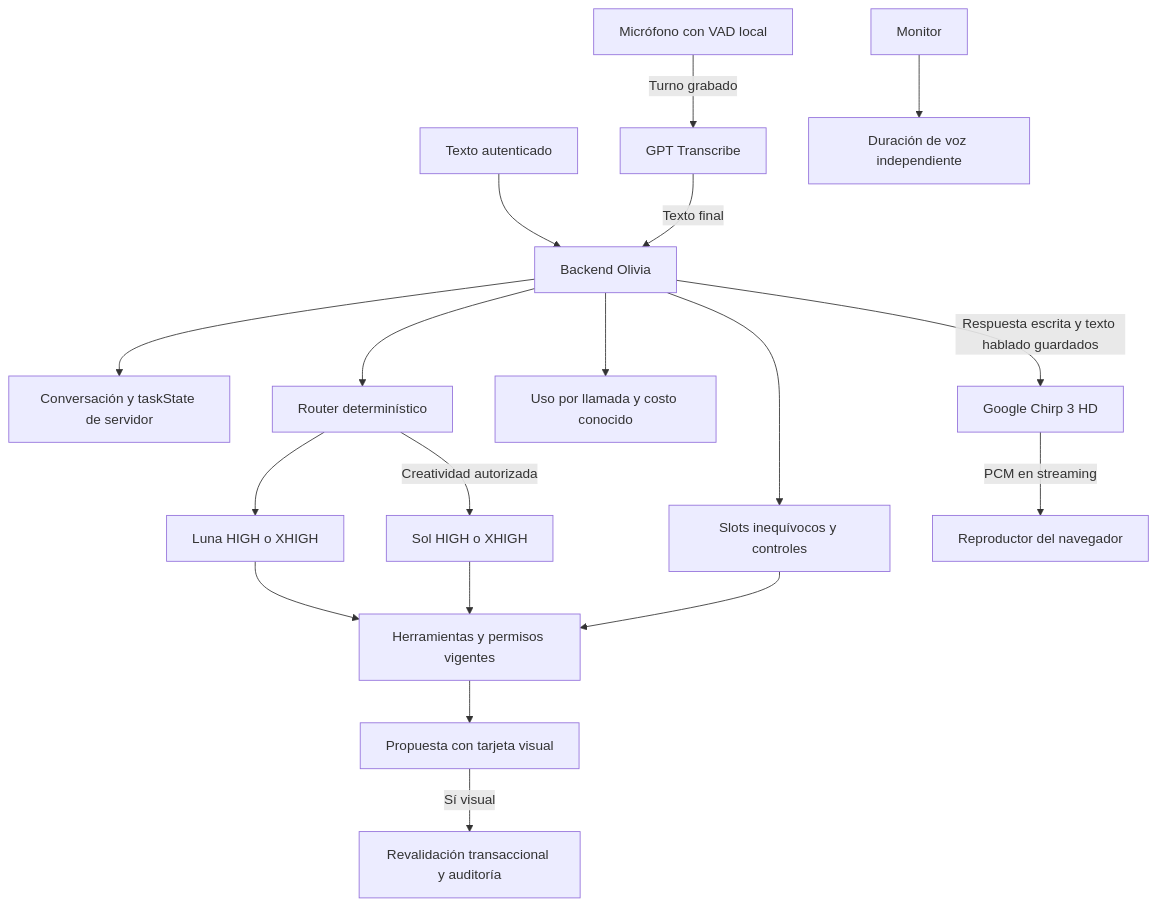
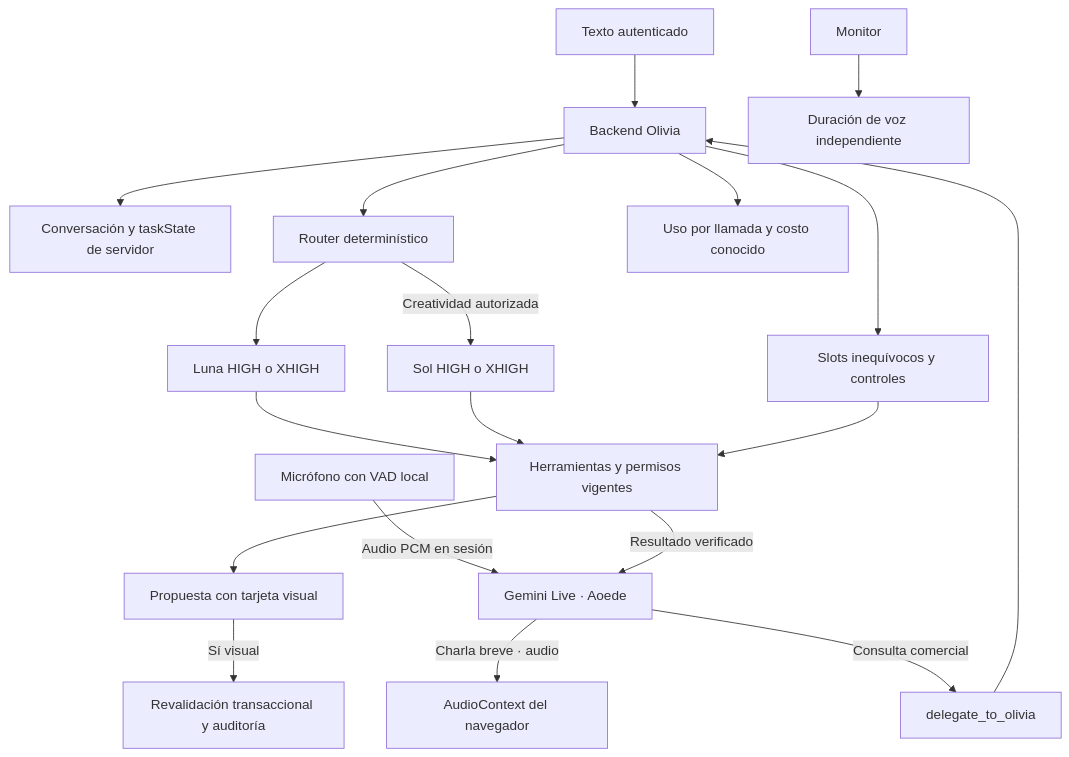
The diagram in docs/OLIVIA-MODEL-ROUTER.md (AgustinBazanUB/App-Integral-FM), drawn with Mermaid before and after one commit. The commit also changed other lines of this file and 154 other files, not shown here.

Commit message:
perf(olivia): make Gemini Live the only spoken response path

````diff
--- a/docs/OLIVIA-MODEL-ROUTER.md
+++ b/docs/OLIVIA-MODEL-ROUTER.md
@@ -60,20 +59,21 @@
 ```mermaid
 flowchart TD
   Text[Texto autenticado] --> Core[Backend Olivia]
-  Voice[Micrófono con VAD local] -->|Turno grabado| ASR[GPT Transcribe]
-  ASR -->|Texto final| Core
+  Voice[Micrófono con VAD local] -->|Audio PCM en sesión| Live[Gemini Live · Aoede]
+  Live -->|Charla breve · audio| VoiceOut[AudioContext del navegador]
+  Live -->|Consulta comercial| Delegate[delegate_to_olivia]
+  Delegate --> Core
   Core --> Task[Conversación y taskState de servidor]
   Core --> Fast[Slots inequívocos y controles]
   Core --> Router[Router determinístico]
   Router --> Luna[Luna HIGH o XHIGH]
   Router -->|Creatividad autorizada| Sol[Sol HIGH o XHIGH]
   Luna --> Tools[Herramientas y permisos vigentes]
   Sol --> Tools
   Fast --> Tools
   Tools --> Card[Propuesta con tarjeta visual]
   Card -->|Sí visual| Transaction[Revalidación transaccional y auditoría]
   Core --> Ledger[Uso por llamada y costo conocido]
   Monitor --> Duration[Duración de voz independiente]
-  Core -->|Respuesta escrita y texto hablado guardados| Chirp[Google Chirp 3 HD]
-  Chirp -->|PCM en streaming| VoiceOut[Reproductor del navegador]
+  Tools -->|Resultado verificado| Live
 ```
````
